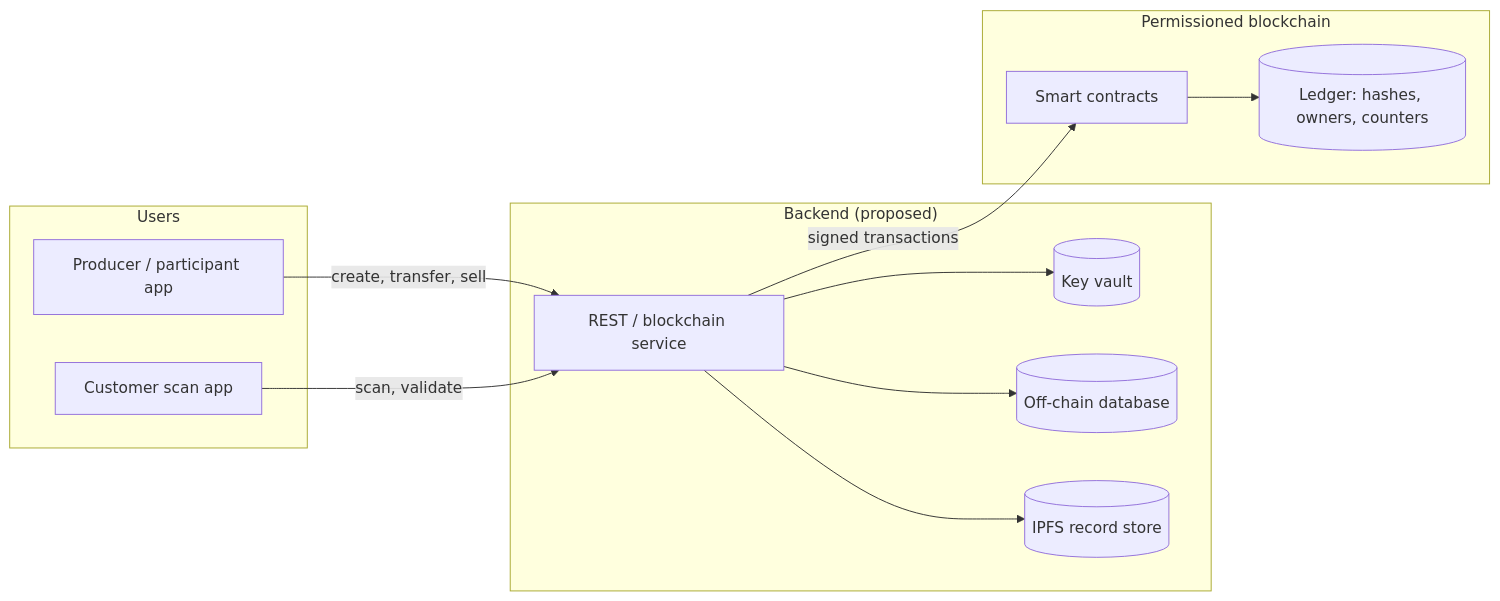
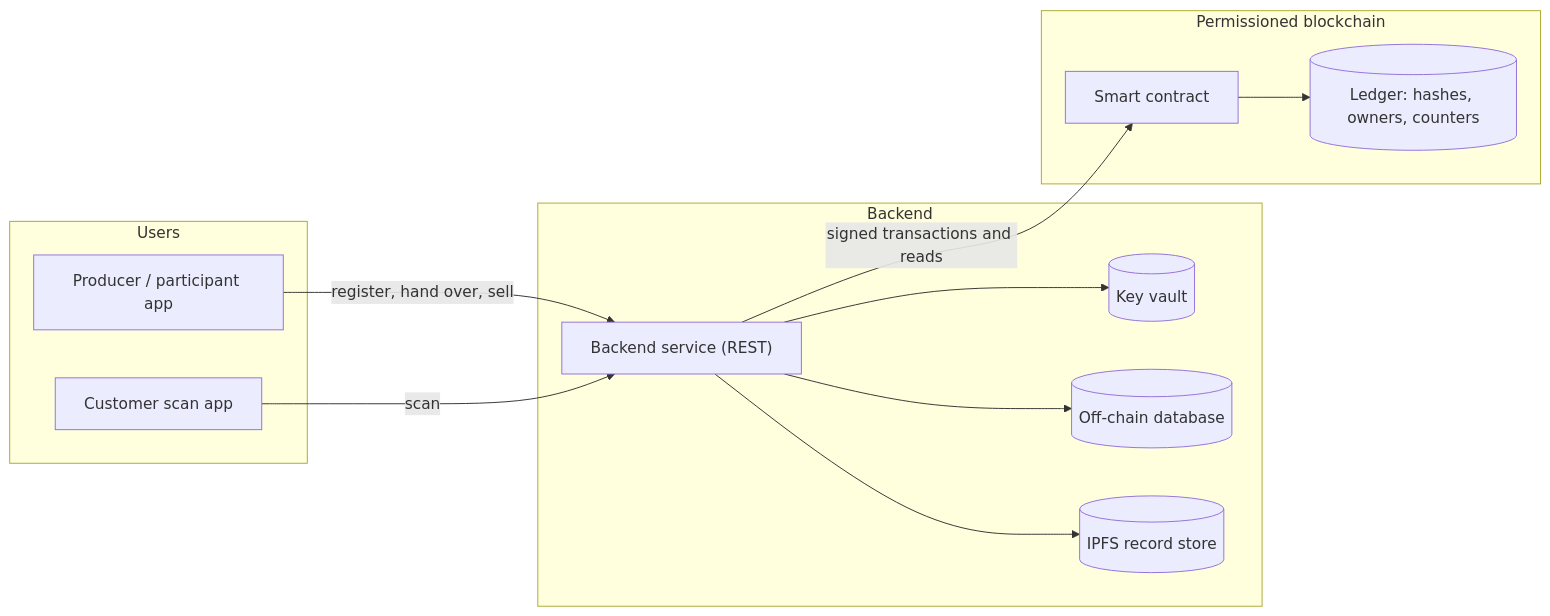
One commit to riteshpandey2024-cyber/BlockChainAuth changed the first of 5 diagrams in PROJECT_DESIGN_EXPLAINED.md. Above: the diagram before and after it, drawn with Mermaid. The commit also changed other lines of this file and 4 other files, not shown here.

````diff
--- a/PROJECT_DESIGN_EXPLAINED.md
+++ b/PROJECT_DESIGN_EXPLAINED.md
@@ -196,24 +165,24 @@
 ```mermaid
 flowchart LR
     subgraph Users
         P["Producer / participant app"]
         C["Customer scan app"]
     end
-    subgraph Server["Backend (proposed)"]
-        API["REST / blockchain service"]
+    subgraph Server["Backend"]
+        API["Backend service (REST)"]
         KV[("Key vault")]
         DB[("Off-chain database")]
         IPFS[("IPFS record store")]
     end
     subgraph Chain["Permissioned blockchain"]
-        SC["Smart contracts"]
+        SC["Smart contract"]
         L[("Ledger: hashes, owners, counters")]
     end
-    P -->|"create, transfer, sell"| API
-    C -->|"scan, validate"| API
+    P -->|"register, hand over, sell"| API
+    C -->|"scan"| API
     API --> KV
     API --> DB
     API --> IPFS
-    API -->|"signed transactions"| SC
+    API -->|"signed transactions and reads"| SC
     SC --> L
 ```
````
